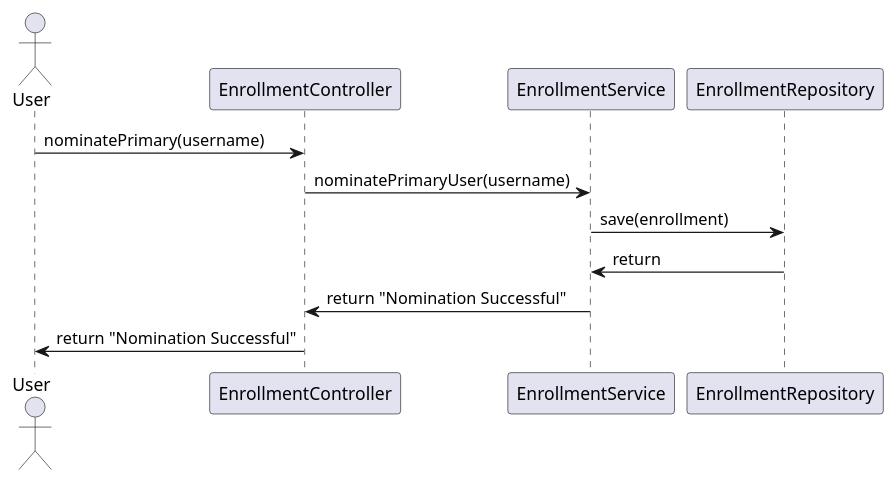
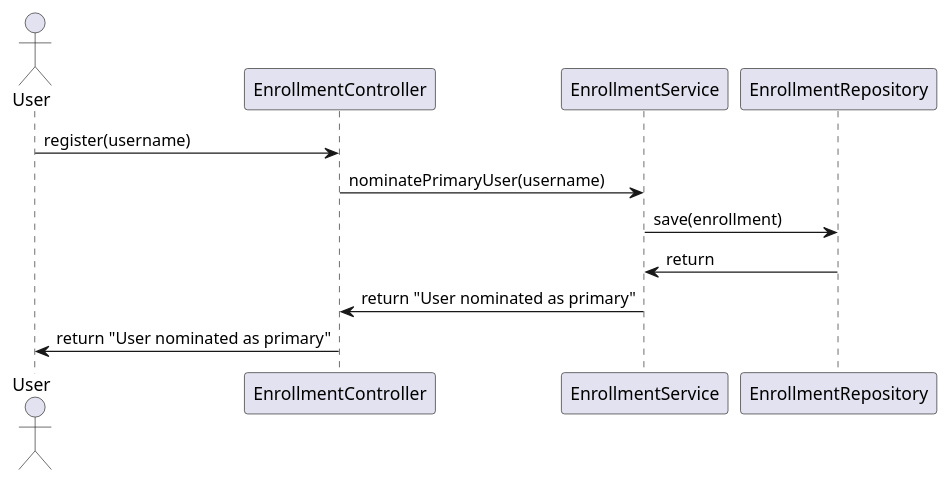
Before and after one commit to Dinesh-s95/AutoDoc.ai: the first of 4 diagrams in enrollment/documentation/detaileddesign.adoc, drawn with PlantUML. The commit also changed other lines of this file and 15 other files, not shown here.

```diff
--- a/enrollment/documentation/detaileddesign.adoc
+++ b/enrollment/documentation/detaileddesign.adoc
@@ -166,16 +184,16 @@
-[plantuml, user-registration-sequence, png]
+[plantuml, user-registration-flow, png]
 ----
 @startuml
 actor "User" as user
 participant "EnrollmentController" as controller
 participant "EnrollmentService" as service
 participant "EnrollmentRepository" as repo
 
-user -> controller : nominatePrimary(username)
+user -> controller : register(username)
 controller -> service : nominatePrimaryUser(username)
 service -> repo : save(enrollment)
 repo -> service : return
-service -> controller : return "Nomination Successful"
-controller -> user : return "Nomination Successful"
+service -> controller : return "User nominated as primary"
+controller -> user : return "User nominated as primary"
 @enduml
 ----
```
